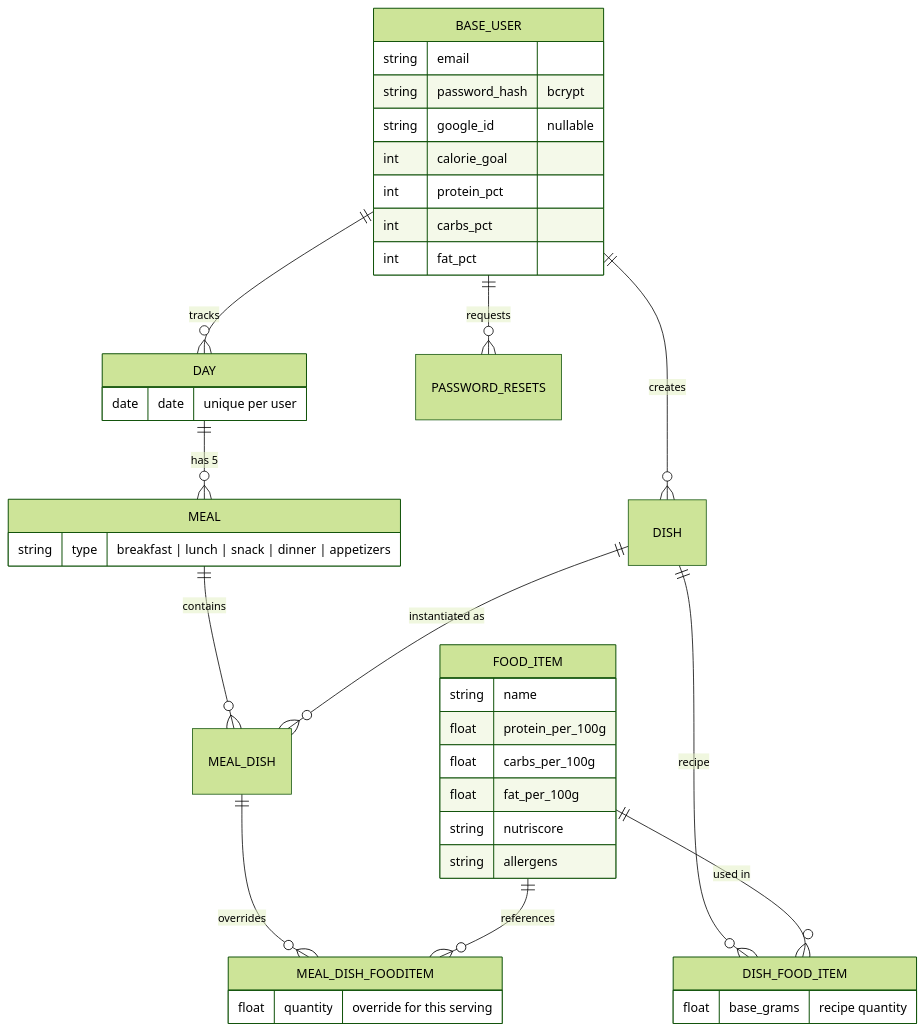
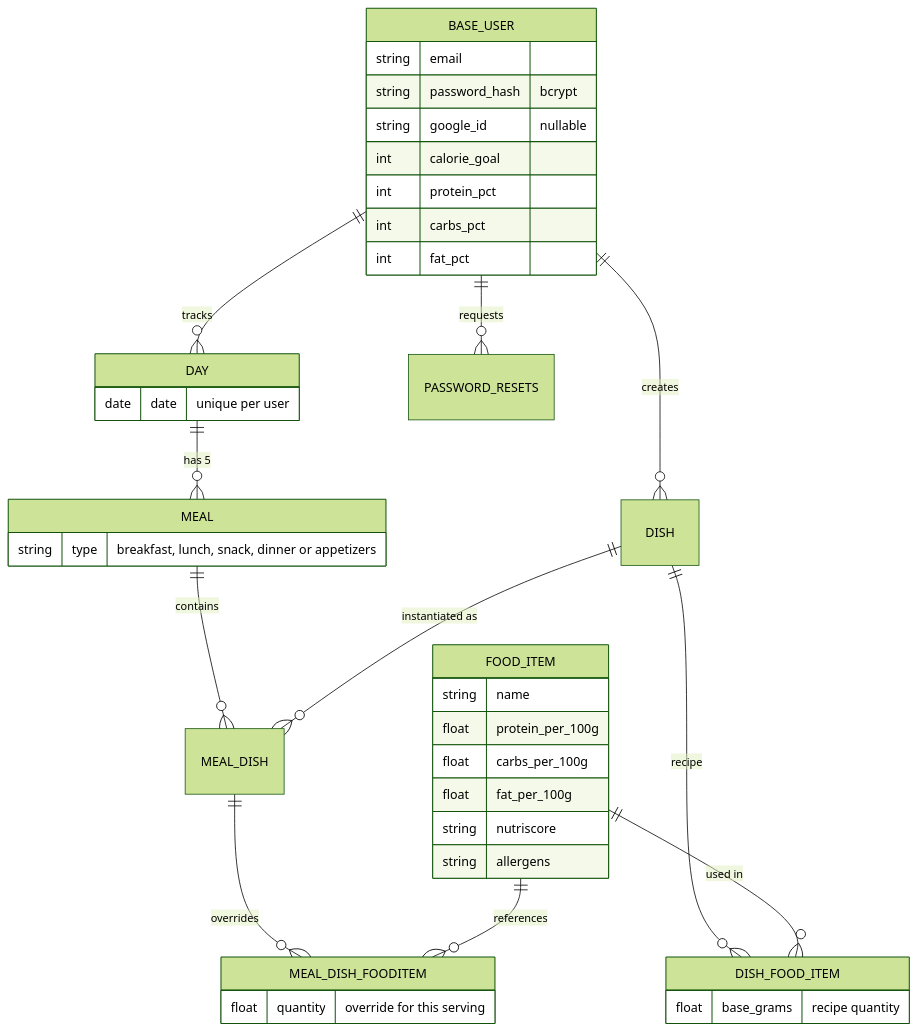
The second of 3 diagrams in README.md (Pablorgu/RykoBackend), drawn with Mermaid (forest theme) before and after one commit. The commit also changed other lines of this file, not shown here.

First line of the commit message:
docs(readme): use conservative mermaid syntax for GitHub rendering

````diff
--- a/README.md
+++ b/README.md
@@ -78,43 +78,43 @@
 ```mermaid
 erDiagram
     BASE_USER ||--o{ DAY : "tracks"
     BASE_USER ||--o{ DISH : "creates"
     BASE_USER ||--o{ PASSWORD_RESETS : "requests"
     DAY ||--o{ MEAL : "has 5"
     MEAL ||--o{ MEAL_DISH : "contains"
     DISH ||--o{ MEAL_DISH : "instantiated as"
     DISH ||--o{ DISH_FOOD_ITEM : "recipe"
     FOOD_ITEM ||--o{ DISH_FOOD_ITEM : "used in"
     MEAL_DISH ||--o{ MEAL_DISH_FOODITEM : "overrides"
     FOOD_ITEM ||--o{ MEAL_DISH_FOODITEM : "references"
 
     BASE_USER {
         string email
         string password_hash "bcrypt"
         string google_id "nullable"
         int calorie_goal
         int protein_pct
         int carbs_pct
         int fat_pct
     }
     DAY {
         date date "unique per user"
     }
     MEAL {
-        string type "breakfast | lunch | snack | dinner | appetizers"
+        string type "breakfast, lunch, snack, dinner or appetizers"
     }
     FOOD_ITEM {
         string name
         float protein_per_100g
         float carbs_per_100g
         float fat_per_100g
         string nutriscore
         string allergens
     }
     DISH_FOOD_ITEM {
         float base_grams "recipe quantity"
     }
     MEAL_DISH_FOODITEM {
         float quantity "override for this serving"
     }
 ```
````
